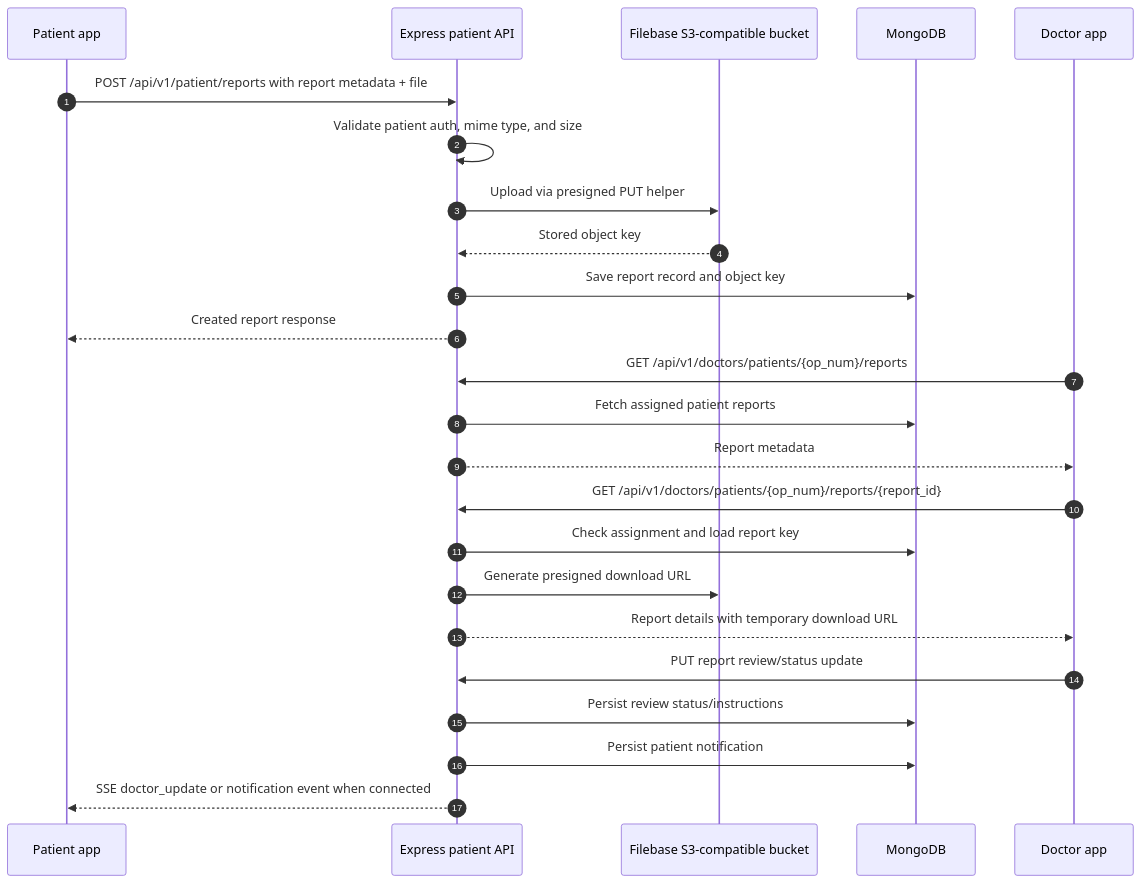
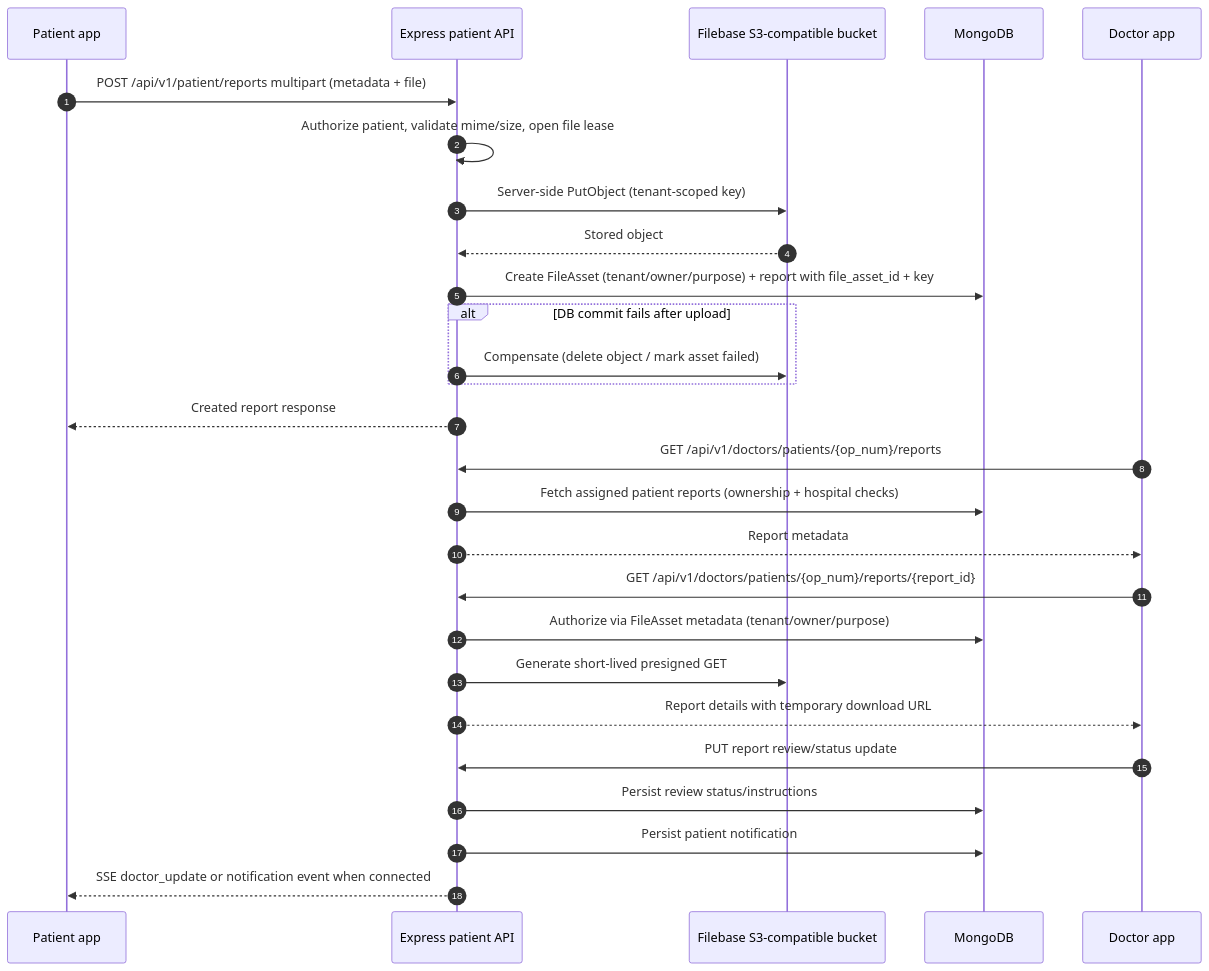
One commit to SuryaNarayanaa/vitalink_ip_lab changed the third of 4 diagrams in backend/docs/architecture.md. Above: the diagram before and after it, drawn with Mermaid. The commit also changed other lines of this file and 5 other files, not shown here.

First line of the commit message:
docs: align architecture, OpenAPI, and audit with implemented APIs

````diff
--- a/backend/docs/architecture.md
+++ b/backend/docs/architecture.md
@@ -162,28 +166,31 @@
 ```mermaid
 sequenceDiagram
   autonumber
   participant Patient as Patient app
   participant API as Express patient API
   participant S3 as Filebase S3-compatible bucket
   participant DB as MongoDB
   participant Doctor as Doctor app
 
-  Patient->>API: POST /api/v1/patient/reports with report metadata + file
-  API->>API: Validate patient auth, mime type, and size
-  API->>S3: Upload via presigned PUT helper
-  S3-->>API: Stored object key
-  API->>DB: Save report record and object key
+  Patient->>API: POST /api/v1/patient/reports multipart (metadata + file)
+  API->>API: Authorize patient, validate mime/size, open file lease
+  API->>S3: Server-side PutObject (tenant-scoped key)
+  S3-->>API: Stored object
+  API->>DB: Create FileAsset (tenant/owner/purpose) + report with file_asset_id + key
+  alt DB commit fails after upload
+    API->>S3: Compensate (delete object / mark asset failed)
+  end
   API-->>Patient: Created report response
 
   Doctor->>API: GET /api/v1/doctors/patients/{op_num}/reports
-  API->>DB: Fetch assigned patient reports
+  API->>DB: Fetch assigned patient reports (ownership + hospital checks)
   API-->>Doctor: Report metadata
   Doctor->>API: GET /api/v1/doctors/patients/{op_num}/reports/{report_id}
-  API->>DB: Check assignment and load report key
-  API->>S3: Generate presigned download URL
+  API->>DB: Authorize via FileAsset metadata (tenant/owner/purpose)
+  API->>S3: Generate short-lived presigned GET
   API-->>Doctor: Report details with temporary download URL
   Doctor->>API: PUT report review/status update
   API->>DB: Persist review status/instructions
   API->>DB: Persist patient notification
   API-->>Patient: SSE doctor_update or notification event when connected
 ```
````
